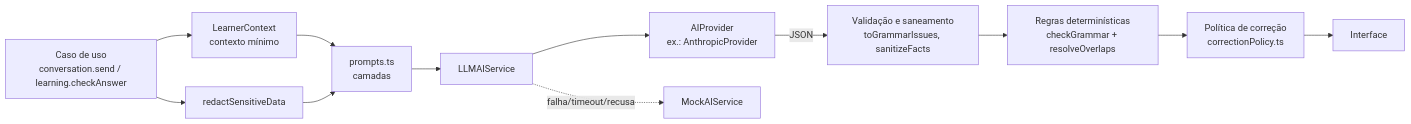
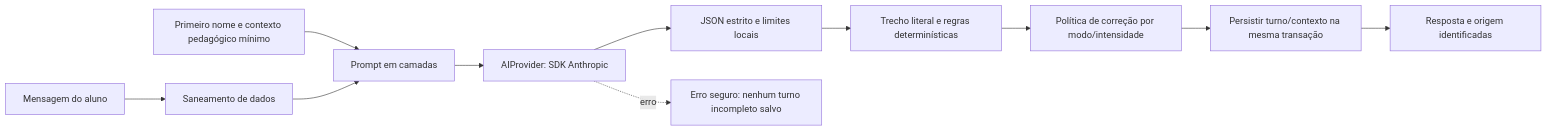
One commit to Helio965/language-tool changed the diagram in docs/AI-PROMPT-STRATEGY.md. Above: the diagram before and after it, drawn with Mermaid. The commit also changed other lines of this file and 19 other files, not shown here.

Commit message:
docs: document Python architecture requirements validation and Windows workflow

````diff
--- a/docs/AI-PROMPT-STRATEGY.md
+++ b/docs/AI-PROMPT-STRATEGY.md
@@ -20,14 +22,13 @@
 ```mermaid
 flowchart LR
-  UC[Caso de uso<br/>conversation.send / learning.checkAnswer] --> LC[LearnerContext<br/>contexto mínimo]
-  UC --> RED[redactSensitiveData]
-  LC --> P[prompts.ts<br/>camadas]
-  RED --> P
-  P --> S[LLMAIService]
-  S --> AP[AIProvider<br/>ex.: AnthropicProvider]
-  AP -->|JSON| V[Validação e saneamento<br/>toGrammarIssues, sanitizeFacts]
-  V --> R[Regras determinísticas<br/>checkGrammar + resolveOverlaps]
-  R --> POL[Política de correção<br/>correctionPolicy.ts]
-  POL --> UI[Interface]
-  S -. falha/timeout/recusa .-> M[MockAIService]
+    Message[Mensagem do aluno] --> Redact[Saneamento de dados]
+    Learner[Primeiro nome e contexto pedagógico mínimo] --> Prompt[Prompt em camadas]
+    Redact --> Prompt
+    Prompt --> Provider[AIProvider: SDK Anthropic]
+    Provider --> JSON[JSON estrito e limites locais]
+    JSON --> Issues[Trecho literal e regras determinísticas]
+    Issues --> Policy[Política de correção por modo/intensidade]
+    Policy --> Tx[Persistir turno/contexto na mesma transação]
+    Tx --> UI[Resposta e origem identificadas]
+    Provider -. erro .-> Error[Erro seguro: nenhum turno incompleto salvo]
 ```
````
